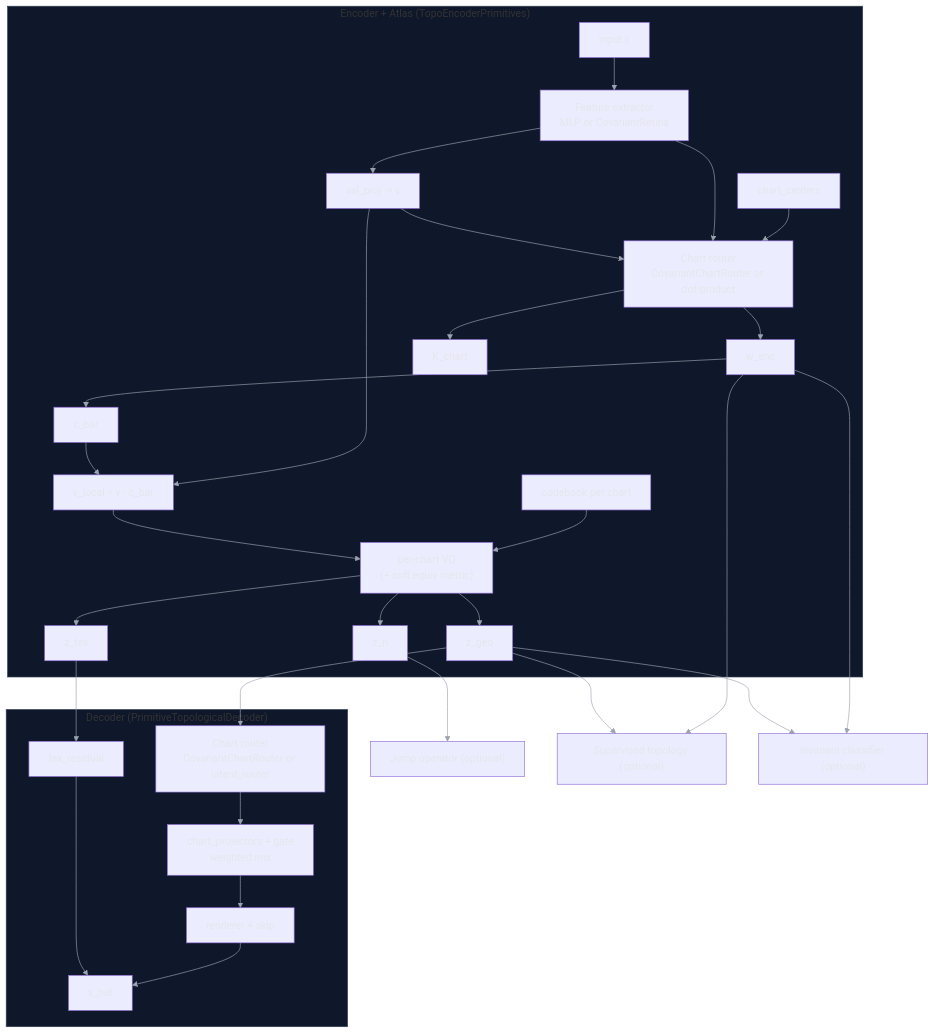
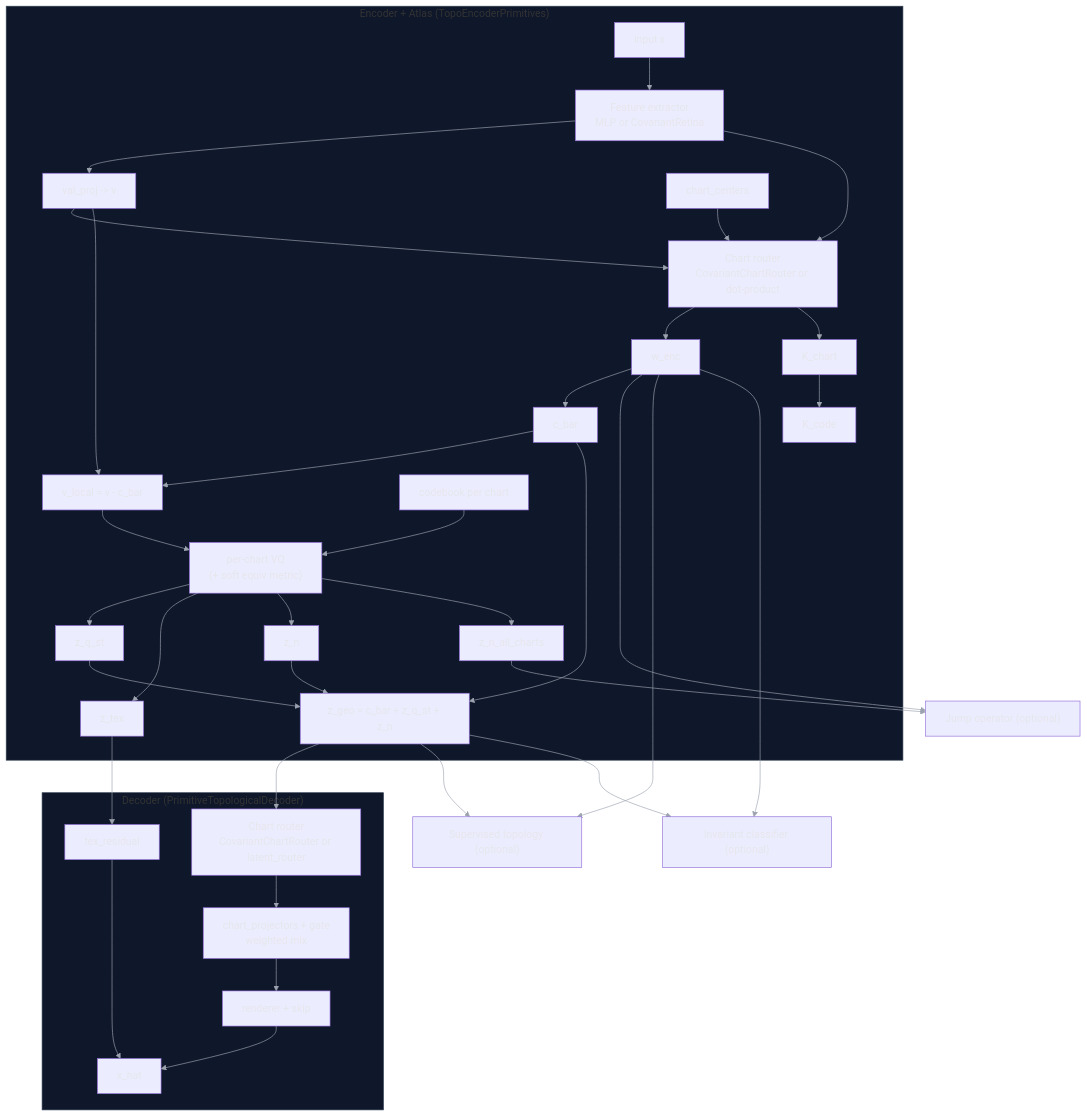
The first of 2 diagrams in docs/source/1_agent/03_architecture/00_architecture_at_a_glance.md (FragileTech/fragile), drawn with Mermaid before and after one commit. The commit also changed other lines of this file and 127 other files, not shown here.

````diff
--- a/docs/source/1_agent/03_architecture/00_architecture_at_a_glance.md
+++ b/docs/source/1_agent/03_architecture/00_architecture_at_a_glance.md
@@ -18,36 +19,42 @@
 ```{mermaid}
 %%{init: {"themeVariables": {"background":"#0b111b","edgeLabelBackground":"#111827","textColor":"#e5e7eb","lineColor":"#9ca3af","primaryColor":"#1f2937","primaryTextColor":"#e5e7eb","clusterBkg":"#0f172a","clusterBorder":"#334155"}}}%%
 flowchart TD
     subgraph ENC["Encoder + Atlas (TopoEncoderPrimitives)"]
         X["input x"] --> FE["Feature extractor\nMLP or CovariantRetina"]
         FE --> V["val_proj -> v"]
         ChartCenters["chart_centers"] --> Router["Chart router\nCovariantChartRouter or dot-product"]
         FE --> Router
         V --> Router
         Router --> Wenc["w_enc"]
         Router --> Kchart["K_chart"]
+        Kchart --> Kcode["K_code"]
         Wenc --> Cbar["c_bar"]
         V --> Vlocal["v_local = v - c_bar"]
         Cbar --> Vlocal
         Codebook["codebook per chart"] --> VQ["per-chart VQ\n(+ soft equiv metric)"]
         Vlocal --> VQ
-        VQ --> Zgeo["z_geo"]
+        VQ --> ZqSt["z_q_st"]
+        ZqSt --> Zgeo["z_geo = c_bar + z_q_st + z_n"]
+        Cbar --> Zgeo
+        Zn --> Zgeo
         VQ --> Ztex["z_tex"]
         VQ --> Zn["z_n"]
+        VQ --> ZnAll["z_n_all_charts"]
     end
 
     subgraph DEC["Decoder (PrimitiveTopologicalDecoder)"]
         Zgeo --> DecRouter["Chart router\nCovariantChartRouter or latent_router"]
         DecRouter --> Mix["chart_projectors + gate\nweighted mix"]
         Mix --> Render["renderer + skip"]
         Ztex --> Tex["tex_residual"]
         Render --> Add["x_hat"]
         Tex --> Add
     end
 
-    Zn --> Jump["Jump operator (optional)"]
+    ZnAll --> Jump["Jump operator (optional)"]
+    Wenc --> Jump
     Wenc --> Sup["Supervised topology (optional)"]
     Zgeo --> Sup
     Wenc --> Cls["Invariant classifier (optional)"]
     Zgeo --> Cls
 ```
````
